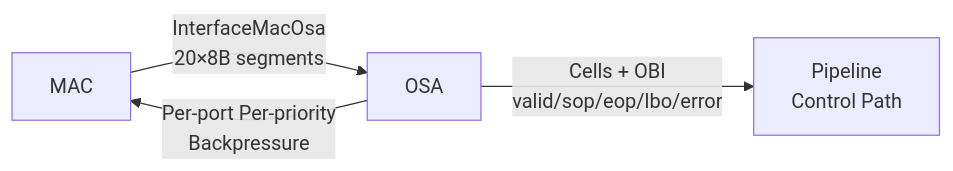
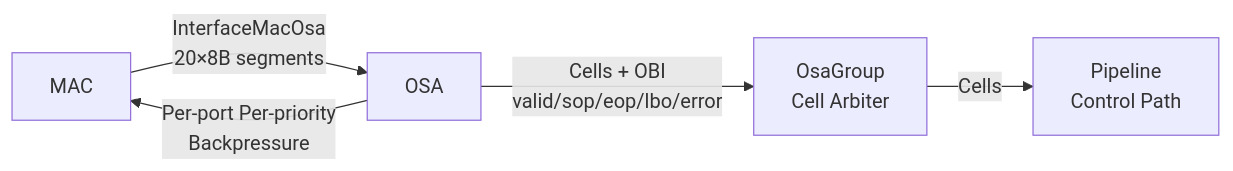
One commit to RuyeeAI/HardwareDesign changed the first of 6 diagrams in docs/OSA.md. Above: the diagram before and after it, drawn with Mermaid. The commit also changed other lines of this file and 21 other files, not shown here.

````diff
--- a/docs/OSA.md
+++ b/docs/OSA.md
@@ -70,6 +138,7 @@
 ```mermaid
 flowchart LR
     MAC["MAC"] -->|"InterfaceMacOsa<br/>20×8B segments"| OSA["OSA"]
-    OSA -->|"Cells + OBI<br/>valid/sop/eop/lbo/error"| Pipeline["Pipeline<br/>Control Path"]
+    OSA -->|"Cells + OBI<br/>valid/sop/eop/lbo/error"| GRP["OsaGroup<br/>Cell Arbiter"]
+    GRP -->|"Cells"| Pipeline["Pipeline<br/>Control Path"]
     OSA -->|"Per-port Per-priority<br/>Backpressure"| MAC
 ```
````
